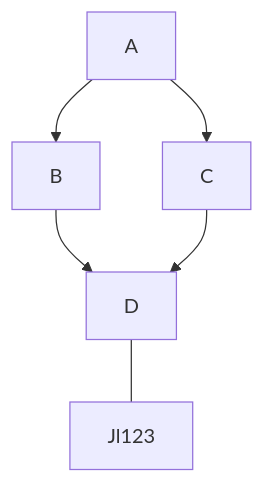
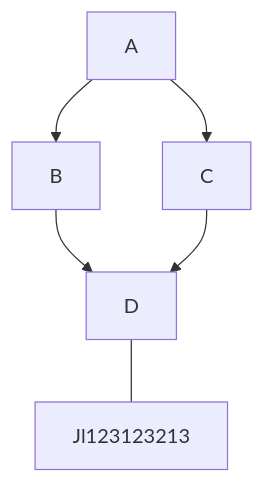
The second of 2 diagrams in README.md (misterkrull/GitWhippingBoy), drawn with Mermaid before and after one commit. The commit also changed other lines of this file, not shown here.

````diff
--- a/README.md
+++ b/README.md
@@ -17,8 +17,8 @@
 ```mermaid
   graph TD;
       A-->B;
       A-->C;
       B-->D;
       C-->D;
-      D---Jl123;
+      D---Jl123123213;
 ```
````
